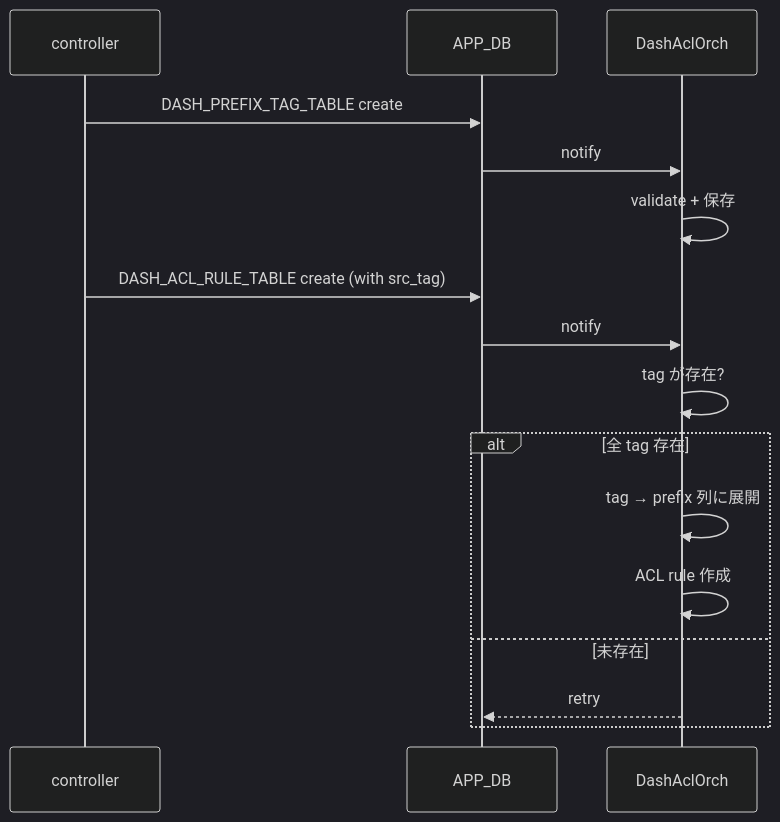
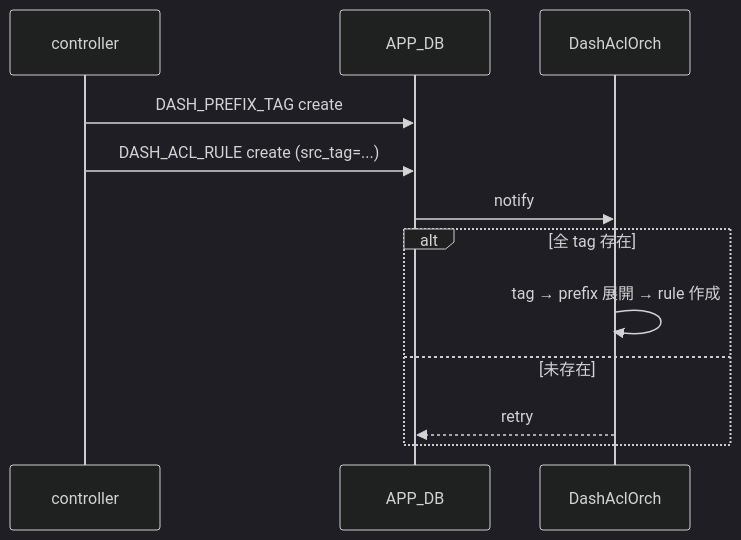
One commit to aoki-taquan/sonic-unofficial-docs changed the third of 3 diagrams in docs/acl-qos/dash-acl-tags.md. Above: the diagram before and after it, drawn with Mermaid (dark theme). The commit also changed other lines of this file and 10 other files, not shown here.

````diff
--- a/docs/acl-qos/dash-acl-tags.md
+++ b/docs/acl-qos/dash-acl-tags.md
@@ -140,18 +105,14 @@
 ```mermaid
 sequenceDiagram
     participant App as controller
     participant ADB as APP_DB
     participant DAO as DashAclOrch
-    App->>ADB: DASH_PREFIX_TAG_TABLE create
+    App->>ADB: DASH_PREFIX_TAG create
+    App->>ADB: DASH_ACL_RULE create (src_tag=...)
     ADB->>DAO: notify
-    DAO->>DAO: validate + 保存
-    App->>ADB: DASH_ACL_RULE_TABLE create (with src_tag)
-    ADB->>DAO: notify
-    DAO->>DAO: tag が存在?
     alt 全 tag 存在
-        DAO->>DAO: tag → prefix 列に展開
-        DAO->>DAO: ACL rule 作成
+        DAO->>DAO: tag → prefix 展開 → rule 作成
     else 未存在
         DAO-->>ADB: retry
     end
 ```
````
